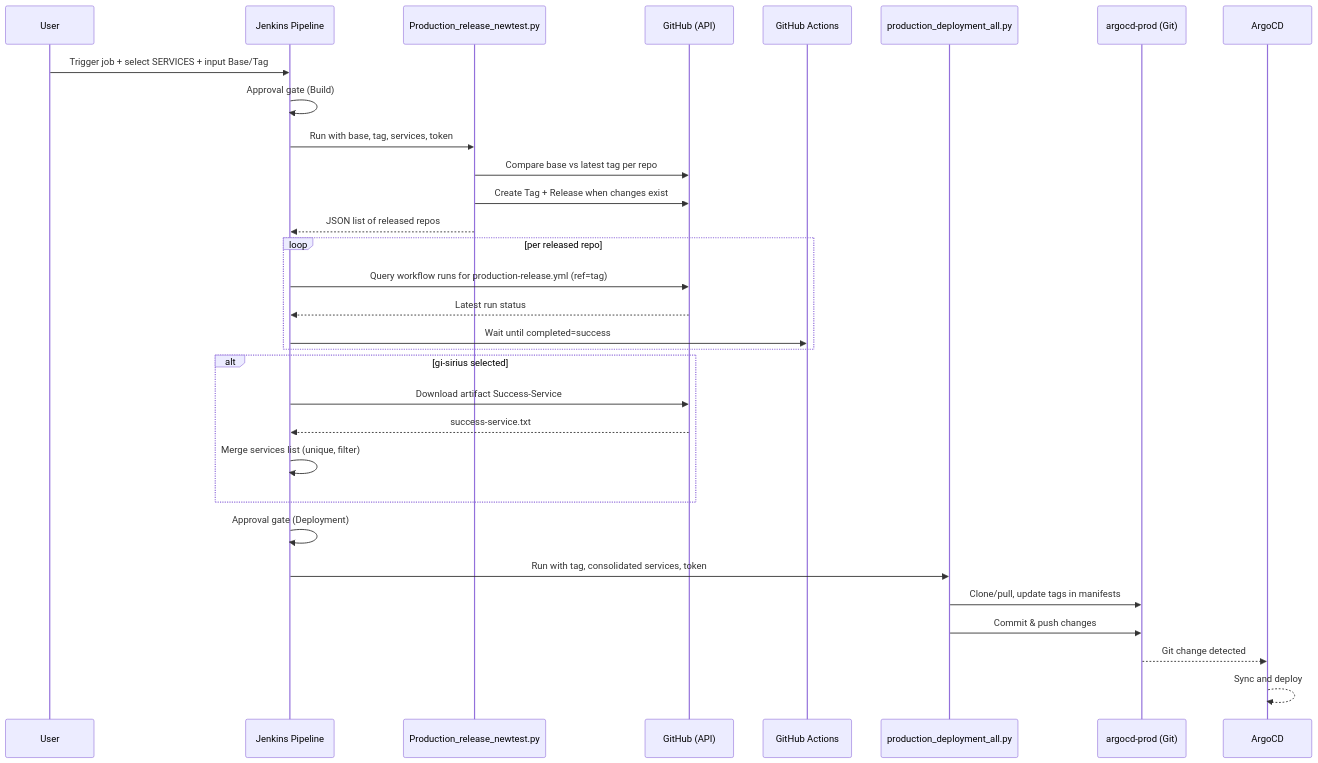
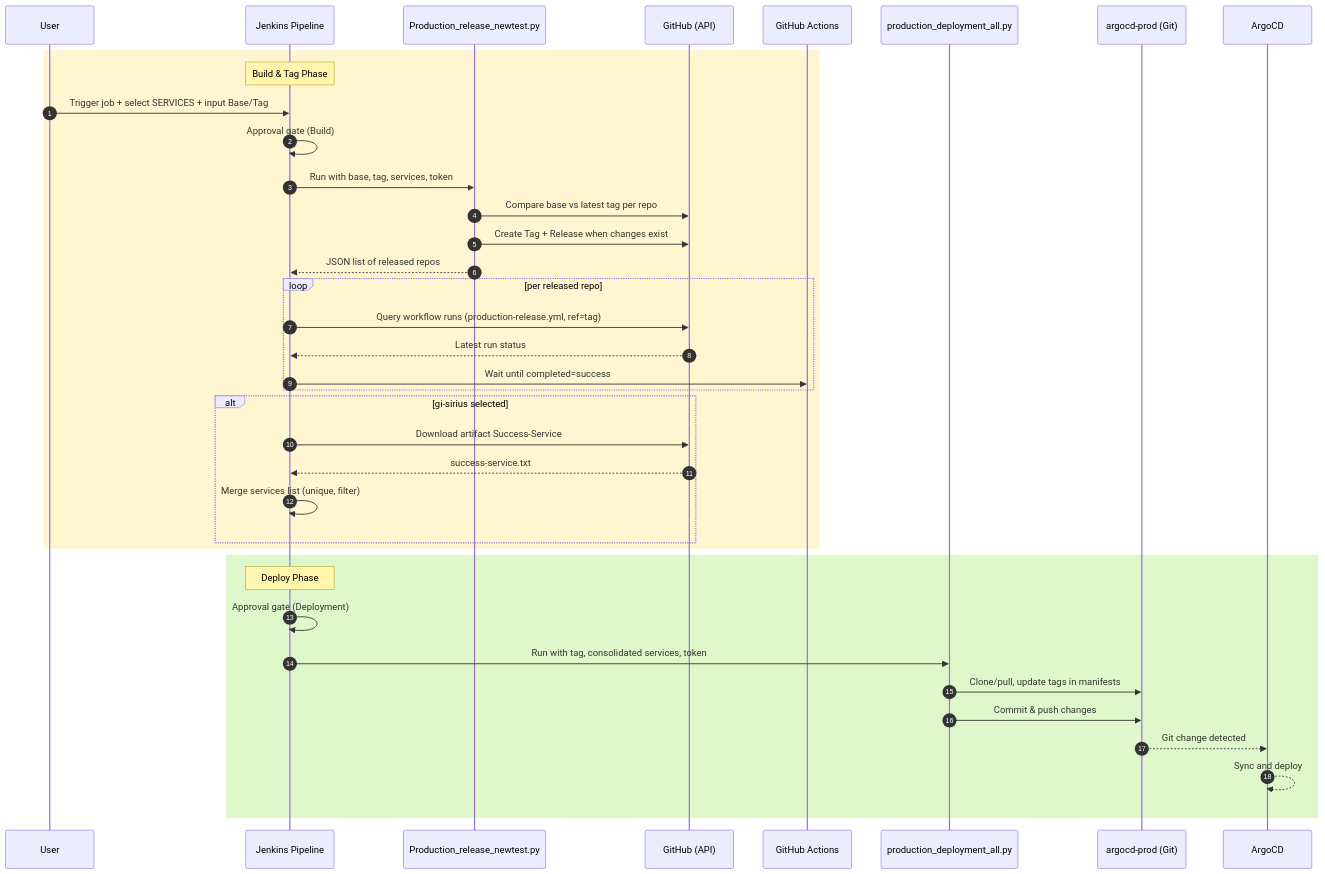
One commit to Uttamkumargupta000/Jenkins-CICD changed the diagram in README.md. Above: the diagram before and after it, drawn with Mermaid.

Commit message:
updated README.md file

````diff
--- a/README.md
+++ b/README.md
@@ -49,34 +49,42 @@
 ```mermaid
 sequenceDiagram
+  autonumber
   participant U as User
   participant J as Jenkins Pipeline
   participant S1 as Production_release_newtest.py
   participant GH as GitHub (API)
   participant GA as GitHub Actions
   participant S2 as production_deployment_all.py
   participant AR as argocd-prod (Git)
   participant CD as ArgoCD
 
-  U->>J: Trigger job + select SERVICES + input Base/Tag
-  J->>J: Approval gate (Build)
-  J->>S1: Run with base, tag, services, token
-  S1->>GH: Compare base vs latest tag per repo
-  S1->>GH: Create Tag + Release when changes exist
-  S1-->>J: JSON list of released repos
-  loop per released repo
-    J->>GH: Query workflow runs for production-release.yml (ref=tag)
-    GH-->>J: Latest run status
-    J->>GA: Wait until completed=success
+  rect rgba(255,245,204,0.9)
+    note over J: Build & Tag Phase
+    U->>J: Trigger job + select SERVICES + input Base/Tag
+    J->>J: Approval gate (Build)
+    J->>S1: Run with base, tag, services, token
+    S1->>GH: Compare base vs latest tag per repo
+    S1->>GH: Create Tag + Release when changes exist
+    S1-->>J: JSON list of released repos
+    loop per released repo
+      J->>GH: Query workflow runs (production-release.yml, ref=tag)
+      GH-->>J: Latest run status
+      J->>GA: Wait until completed=success
+    end
+    alt gi-sirius selected
+      J->>GH: Download artifact Success-Service
+      GH-->>J: success-service.txt
+      J->>J: Merge services list (unique, filter)
+    end
   end
-  alt gi-sirius selected
-    J->>GH: Download artifact Success-Service
-    GH-->>J: success-service.txt
-    J->>J: Merge services list (unique, filter)
+
+  rect rgba(220,248,198,0.9)
+    note over J: Deploy Phase
+    J->>J: Approval gate (Deployment)
+    J->>S2: Run with tag, consolidated services, token
+    S2->>AR: Clone/pull, update tags in manifests
+    S2->>AR: Commit & push changes
+    AR-->>CD: Git change detected
+    CD-->>CD: Sync and deploy
   end
-  J->>J: Approval gate (Deployment)
-  J->>S2: Run with tag, consolidated services, token
-  S2->>AR: Clone/pull, update tags in manifests
-  S2->>AR: Commit & push changes
-  AR-->>CD: Git change detected
-  CD-->>CD: Sync and deploy
 ```
````
